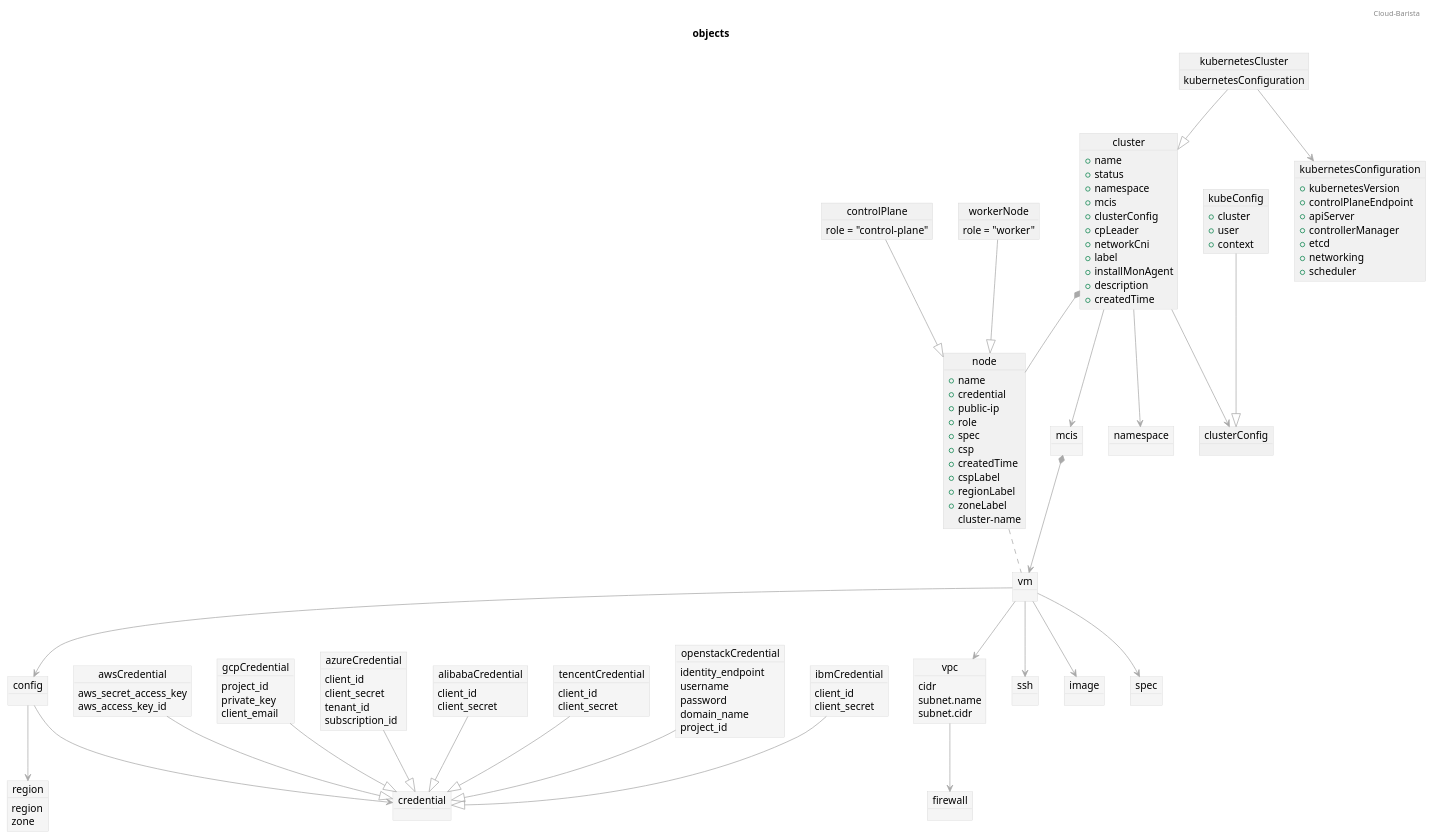
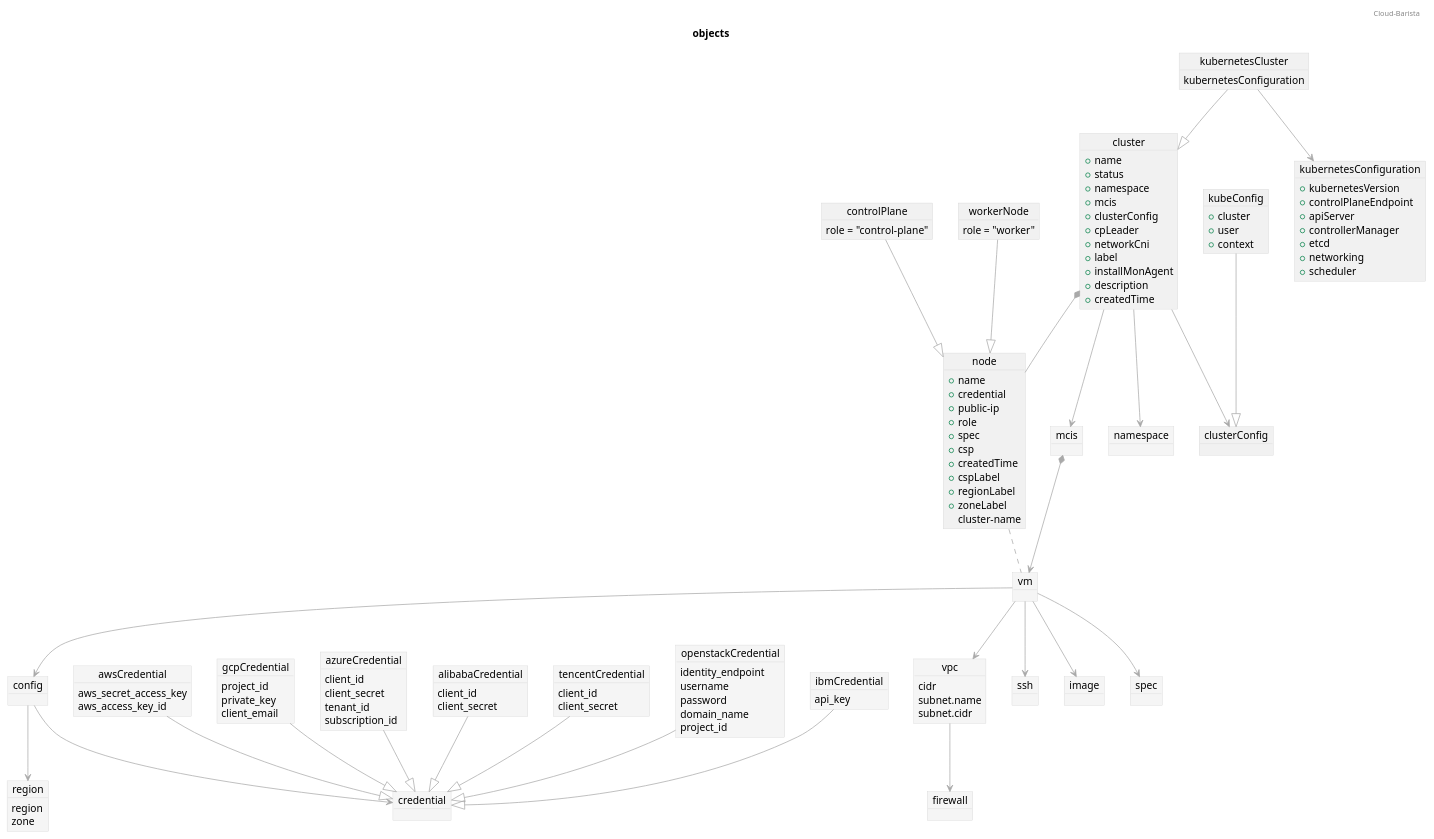
Before and after one commit to cloud-barista/cb-ladybug: the diagram in docs/design/objects.puml, drawn with PlantUML. The commit also changed 2 other files, not shown here.

```diff
--- a/docs/design/objects.puml
+++ b/docs/design/objects.puml
@@ -1,185 +1,184 @@
 @startuml
 
 header Cloud-Barista
 title objects
 skinparam object {
 	' backgroundColor	GreenYellow
 	ArrowColor		DarkGray
 	BorderColor		LightGray
 }
 
 ' # spider ----------------
 object region #WhiteSmoke {
 	region
 	zone
 }
 object credential #WhiteSmoke {
 }
 object awsCredential #WhiteSmoke {
 	aws_secret_access_key
 	aws_access_key_id
 }
 object gcpCredential #WhiteSmoke {
 	project_id
 	private_key
 	client_email
 }
 object azureCredential #WhiteSmoke {
 	client_id
 	client_secret
 	tenant_id	
 	subscription_id
 }
 object alibabaCredential #WhiteSmoke {
 	client_id
 	client_secret
 }
 object tencentCredential #WhiteSmoke {
 	client_id
 	client_secret
 }
 object openstackCredential #WhiteSmoke {
 	identity_endpoint
 	username
 	password
 	domain_name
 	project_id
 }
 object ibmCredential #WhiteSmoke {
-	client_id
-	client_secret
+	api_key
 }
 
 object config #WhiteSmoke {
 }
 object vm #WhiteSmoke {
 }
 ' }
 awsCredential	--|>	credential
 gcpCredential	--|>	credential
 azureCredential	--|>	credential
 alibabaCredential	--|>	credential
 tencentCredential	--|>	credential
 openstackCredential	--|>	credential
 ibmCredential   --|>	credential
 config			-->		credential
 config			-->		region
 
 ' # tumblebug ----------------
 object namespace #WhiteSmoke {
 }
 object vpc #WhiteSmoke {
 	cidr
 	subnet.name
 	subnet.cidr
 }
 object firewall #WhiteSmoke {
 }
 object ssh #WhiteSmoke {
 }
 object image #WhiteSmoke {
 }
 object spec #WhiteSmoke {
 }
 object mcis #WhiteSmoke {
 }
 
 vpc		-->		firewall
 vm		-->		vpc
 vm		-->		config
 vm		-->		ssh
 vm		-->		image
 vm		-->		spec
 mcis	*-->	vm
 
 
 ' # mcks ----------------
 object cluster {
 	+name
 	+status
 	+namespace
 	+mcis
 	+clusterConfig
 	+cpLeader
 	+networkCni
 	+label
 	+installMonAgent
 	+description
 	+createdTime
 }
 object kubernetesCluster {
 	kubernetesConfiguration
 }
 
 object kubernetesConfiguration {
 	+kubernetesVersion
 	+controlPlaneEndpoint
 	+apiServer
 	+controllerManager
 	+etcd
 	+networking
 	+scheduler
 }
 object node  {
 	+name
 	+credential
 	+public-ip
 	+role
 	+spec
 	+csp
 	+createdTime
 	+cspLabel
 	+regionLabel
 	+zoneLabel
 	cluster-name
 }
 object controlPlane  {
 	role = "control-plane"
 }
 object workerNode  {
 	role = "worker"
 }
 
 controlPlane	--|>	node
 workerNode		--|>	node
 
 
 object clusterConfig  {
 }
 
 object kubeConfig  {
 	+cluster
 	+user
 	+context
 }
 
 cluster		-->	 	namespace
 cluster		*--		node
 cluster		-->		mcis
 cluster		-->		clusterConfig
 
 kubernetesCluster	--|>	cluster
 kubernetesCluster	-->		kubernetesConfiguration
 node				..		vm
 
 kubeConfig		--|>	clusterConfig
 
 
 '' # mcks controller ----------------
 'object clusterDeployment #GreenYellow {
 '	+namespace
 '	+mcis
 '	+controlPlaneCount
 '	+wokrerCount
 '}
 'object nodeSet #GreenYellow {
 '	+replicas
 '}
 
 
 'clusterDeployment	-->		cluster
 'clusterDeployment	..>		mcis
 'nodeSet				*-->	node
 'nodeSet				..		clusterDeployment
 
 @enduml
```
